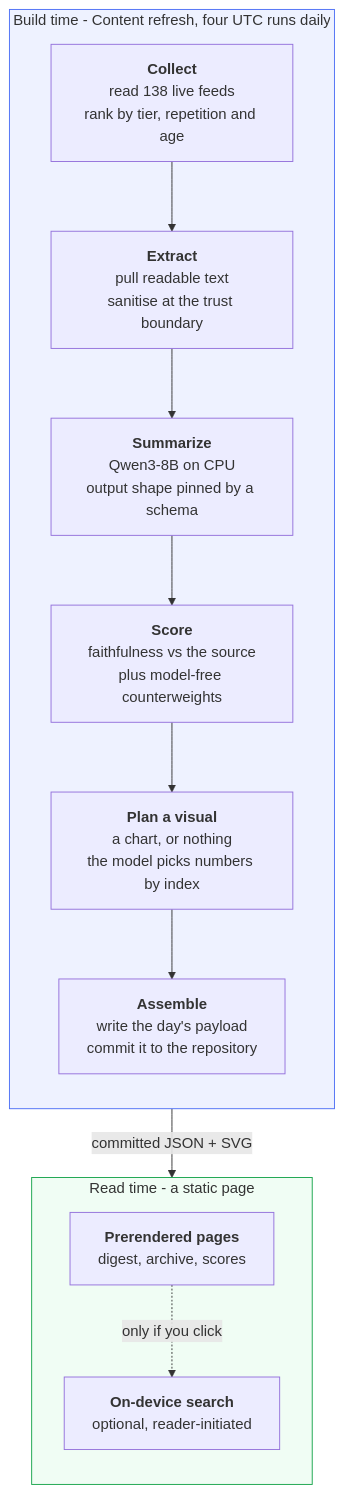
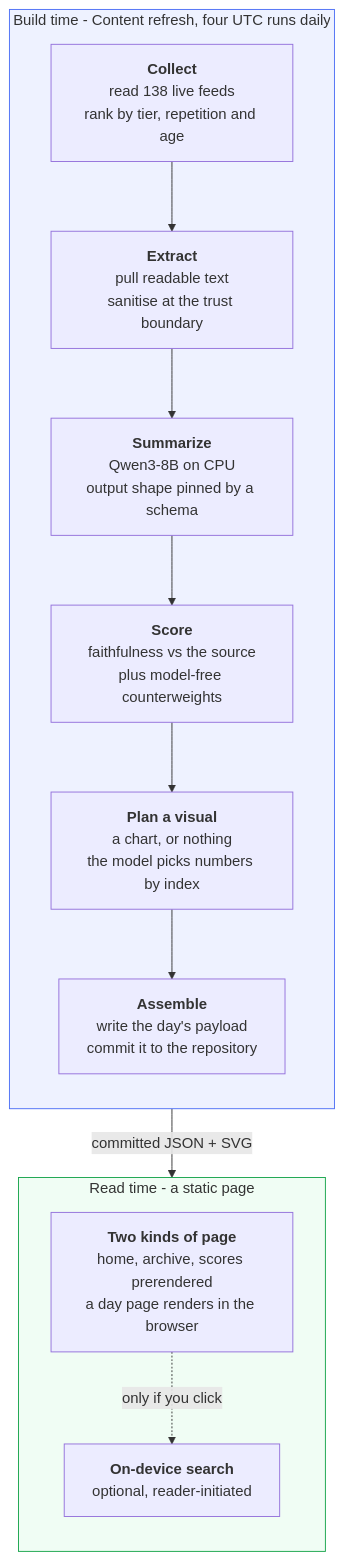
One commit to miztiik/yen-idhazh changed the diagram in README.md. Above: the diagram before and after it, drawn with Mermaid. The commit also changed other lines of this file and 3 other files, not shown here.

````diff
--- a/README.md
+++ b/README.md
@@ -37,25 +37,25 @@
 ```mermaid
 flowchart TD
     subgraph build["Build time - Content refresh, four UTC runs daily"]
         direction TB
         A["<b>Collect</b><br/>read 138 live feeds<br/>rank by tier, repetition and age"]
         B["<b>Extract</b><br/>pull readable text<br/>sanitise at the trust boundary"]
         C["<b>Summarize</b><br/>Qwen3-8B on CPU<br/>output shape pinned by a schema"]
         D["<b>Score</b><br/>faithfulness vs the source<br/>plus model-free counterweights"]
         E["<b>Plan a visual</b><br/>a chart, or nothing<br/>the model picks numbers by index"]
         F["<b>Assemble</b><br/>write the day's payload<br/>commit it to the repository"]
         A --> B --> C --> D --> E --> F
     end
 
     F -->|"committed JSON + SVG"| G
 
     subgraph read["Read time - a static page"]
         direction TB
-        G["<b>Prerendered pages</b><br/>digest, archive, scores"]
+        G["<b>Two kinds of page</b><br/>home, archive, scores prerendered<br/>a day page renders in the browser"]
         H["<b>On-device search</b><br/>optional, reader-initiated"]
         G -.->|"only if you click"| H
     end
 
     style build fill:#eef2ff,stroke:#4c6ef5
     style read fill:#f0fdf4,stroke:#16a34a
 ```
````
